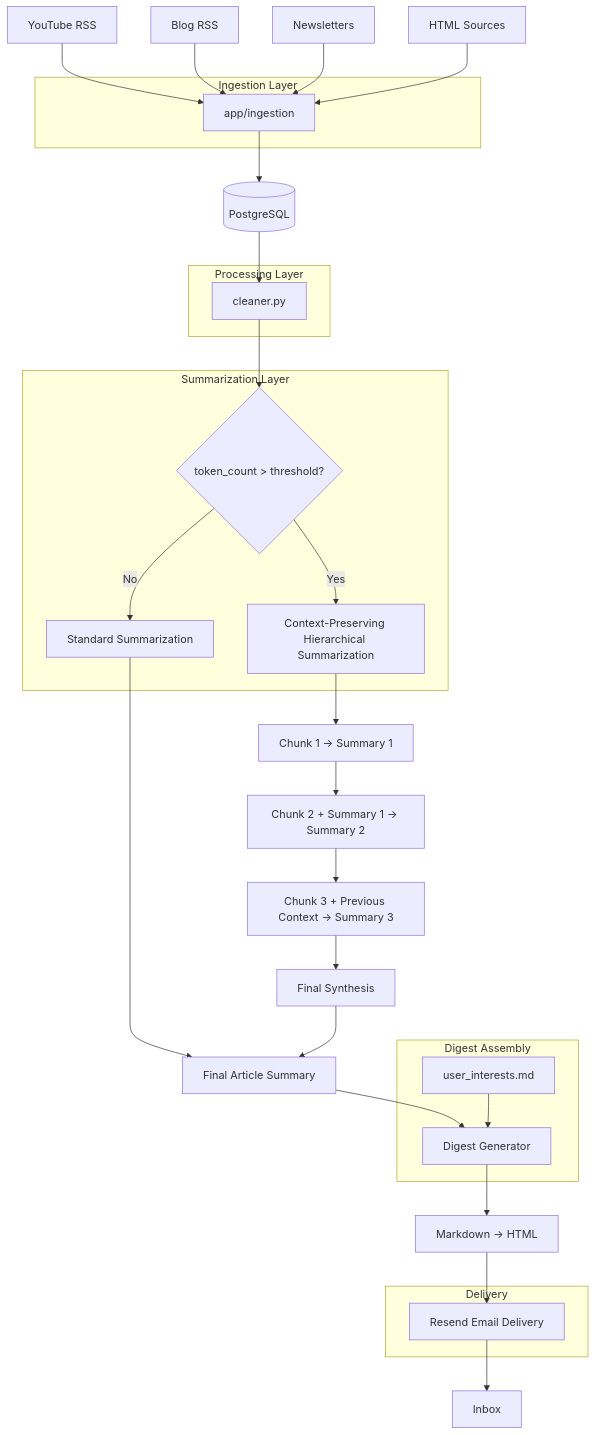
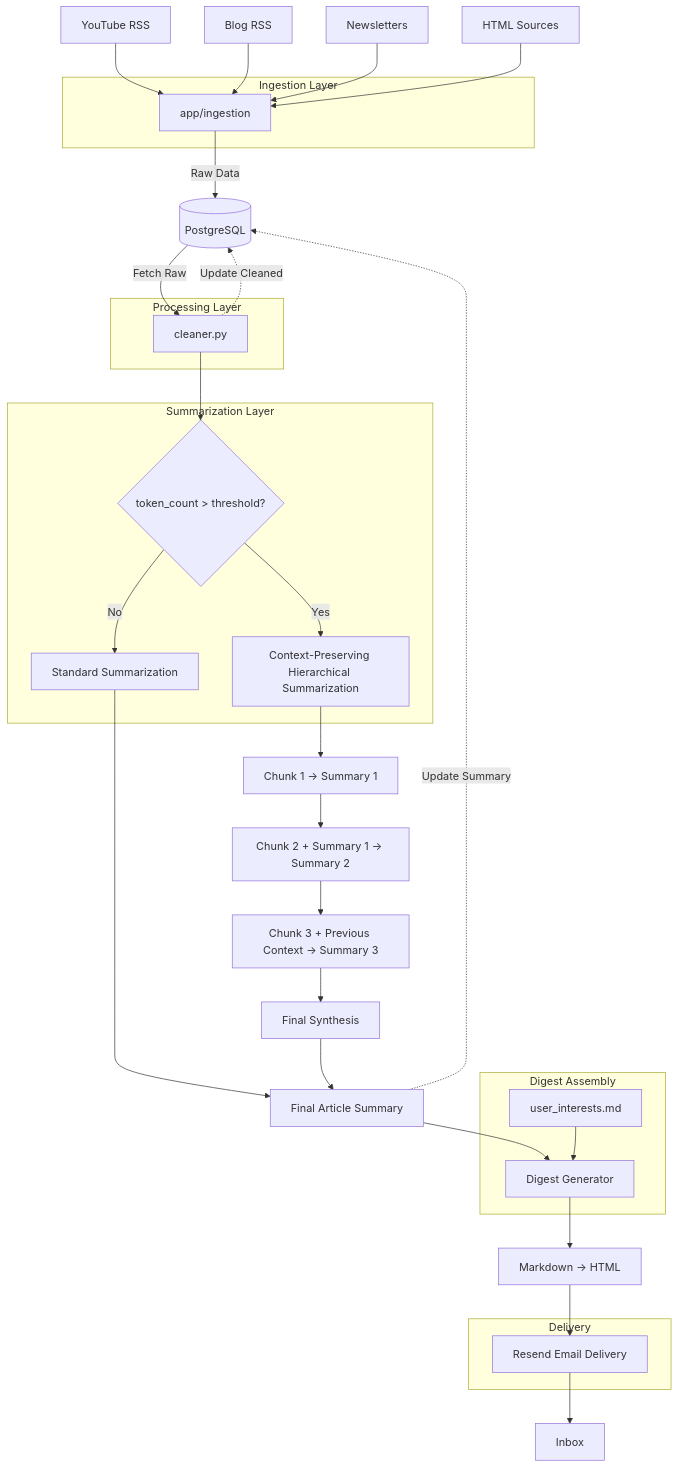
One commit to Devanshu070/DailyDigest-AI changed the first of 8 diagrams in docs/architecture_final.md. Above: the diagram before and after it, drawn with Mermaid.

Commit message:
docs: update architecture diagram with database return paths

````diff
--- a/docs/architecture_final.md
+++ b/docs/architecture_final.md
@@ -9,72 +9,76 @@
 ```mermaid
 flowchart TD
 
     A[YouTube RSS]
     B[Blog RSS]
     C[Newsletters]
     D[HTML Sources]
 
     A --> INGEST
     B --> INGEST
     C --> INGEST
     D --> INGEST
 
     subgraph INGESTION_LAYER [Ingestion Layer]
         INGEST[app/ingestion]
     end
 
-    INGEST --> DB[(PostgreSQL)]
+    INGEST -->|Raw Data| DB[(PostgreSQL)]
 
-    DB --> CLEANER
+    DB -->|Fetch Raw| CLEANER
 
     subgraph PROCESSING_LAYER [Processing Layer]
         CLEANER[cleaner.py]
     end
+
+    CLEANER -.->|Update Cleaned| DB
 
     CLEANER --> ROUTER
 
     subgraph SUMMARIZATION_LAYER [Summarization Layer]
 
         ROUTER{token_count > threshold?}
 
         STANDARD[Standard Summarization]
 
         CONTEXT[Context-Preserving Hierarchical Summarization]
 
         ROUTER -->|No| STANDARD
         ROUTER -->|Yes| CONTEXT
     end
 
     STANDARD --> SUMMARY
 
     CONTEXT --> CHUNK1[Chunk 1 → Summary 1]
     CHUNK1 --> CHUNK2[Chunk 2 + Summary 1 → Summary 2]
     CHUNK2 --> CHUNK3[Chunk 3 + Previous Context → Summary 3]
     CHUNK3 --> SYNTHESIS[Final Synthesis]
 
     SYNTHESIS --> SUMMARY
 
     SUMMARY[Final Article Summary]
 
+    SUMMARY -.->|Update Summary| DB
+
     SUMMARY --> DIGEST
 
     subgraph DIGEST_LAYER [Digest Assembly]
 
         DIGEST[Digest Generator]
         INTERESTS[user_interests.md]
 
         INTERESTS --> DIGEST
     end
 
     DIGEST --> HTML
 
     HTML[Markdown → HTML]
 
     HTML --> EMAIL
 
     subgraph DELIVERY_LAYER [Delivery]
         EMAIL[Resend Email Delivery]
     end
 
     EMAIL --> USER[Inbox]
 ```
````
